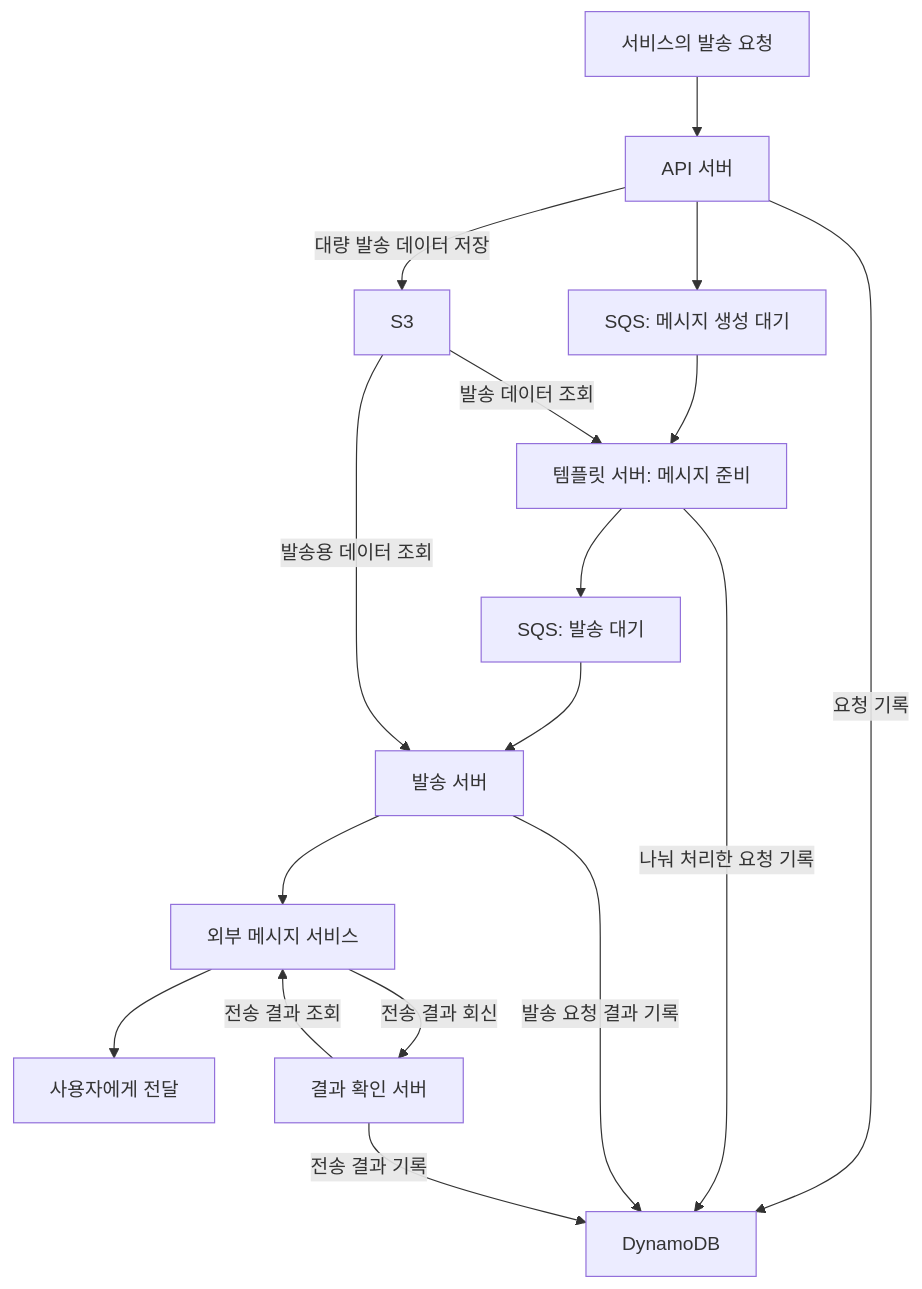
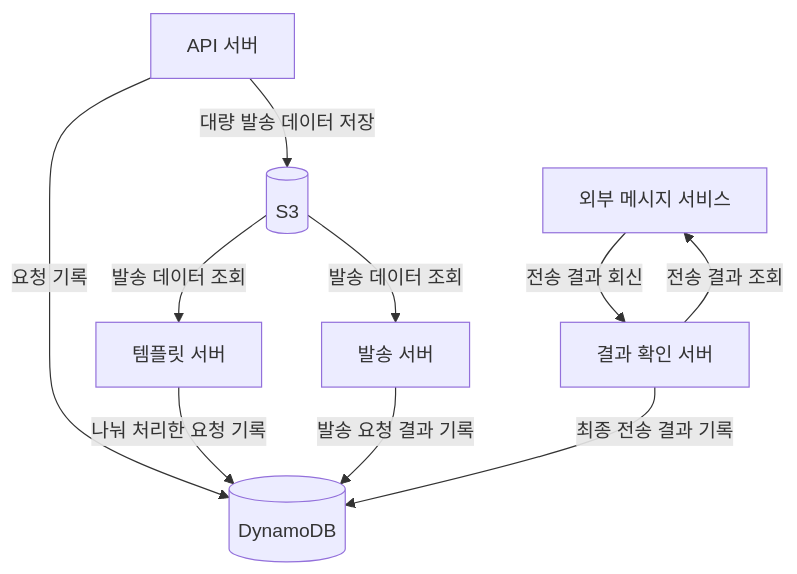
Before and after one commit to KimHG1995/work-history: the third of 3 diagrams in projects/education-services/notifications.md, drawn with Mermaid. The commit also changed other lines of this file and 3 other files, not shown here.

Commit message:
docs: 주요 Mermaid 구성도 흐름과 저장 관계 분리

````diff
--- a/projects/education-services/notifications.md
+++ b/projects/education-services/notifications.md
@@ -126,19 +141,14 @@
 ```mermaid
-flowchart TD
-    request["서비스의 발송 요청"] --> api["API 서버"]
-    api --> tq["SQS: 메시지 생성 대기"]
-    tq --> template["템플릿 서버: 메시지 준비"]
-    template --> sq["SQS: 발송 대기"]
-    sq --> sender["발송 서버"]
-    sender --> provider["외부 메시지 서비스"]
-    provider --> user["사용자에게 전달"]
-    api -->|대량 발송 데이터 저장| s3["S3"]
-    s3 -->|발송 데이터 조회| template
-    s3 -->|발송용 데이터 조회| sender
-    api -->|요청 기록| db["DynamoDB"]
+flowchart TB
+    api["API 서버"] -->|대량 발송 데이터 저장| s3[("S3")]
+    s3 -->|발송 데이터 조회| template["템플릿 서버"]
+    s3 -->|발송 데이터 조회| sender["발송 서버"]
+
+    api -->|요청 기록| db[("DynamoDB")]
     template -->|나눠 처리한 요청 기록| db
     sender -->|발송 요청 결과 기록| db
-    provider -->|전송 결과 회신| ack["결과 확인 서버"]
+
+    provider["외부 메시지 서비스"] -->|전송 결과 회신| ack["결과 확인 서버"]
     ack -->|전송 결과 조회| provider
-    ack -->|전송 결과 기록| db
+    ack -->|최종 전송 결과 기록| db
 ```
````
